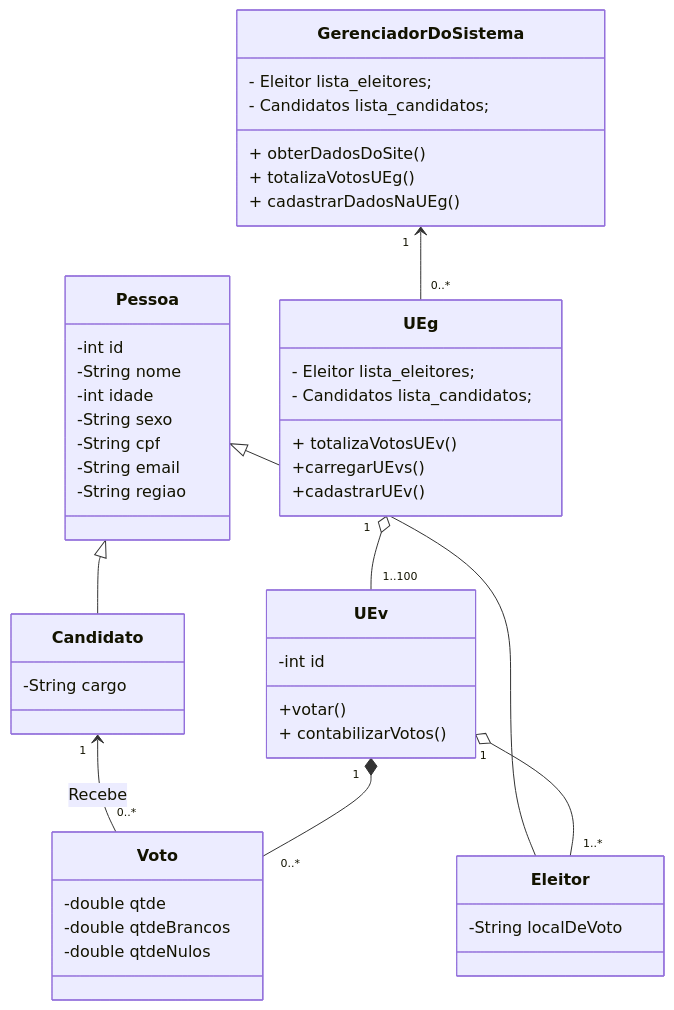
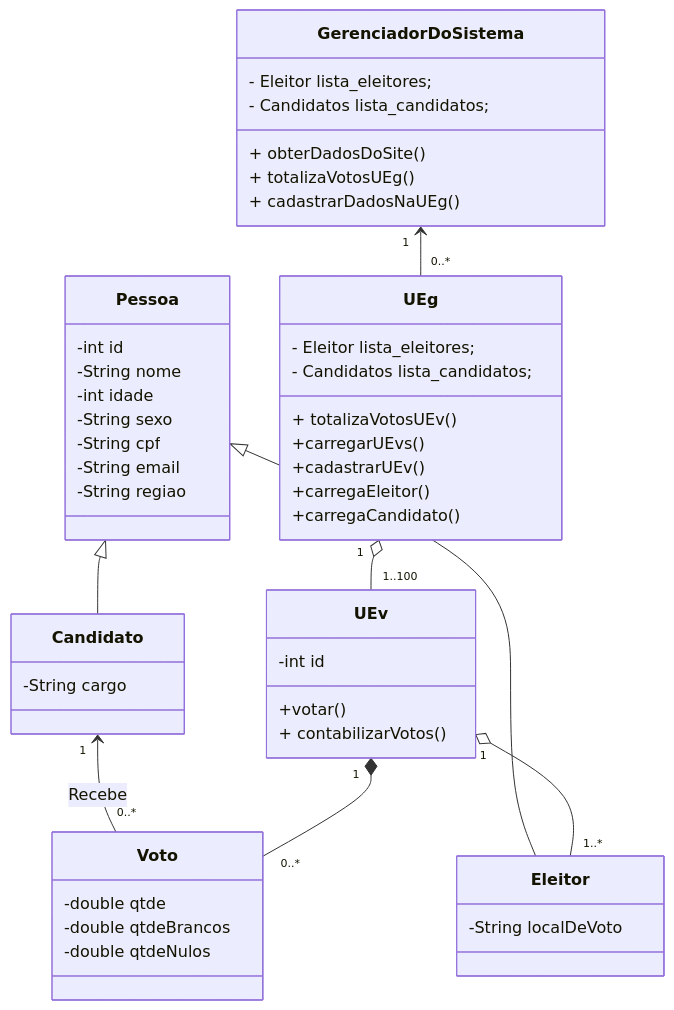
One commit to HenriqueFinatti/Modelagem-De-Software-Orientado-a-Objetos changed the diagram in Lab2-Diagrama_De_Classes/Diagrama_De_Classes2.md. Above: the diagram before and after it, drawn with Mermaid.

````diff
--- a/Lab2-Diagrama_De_Classes/Diagrama_De_Classes2.md
+++ b/Lab2-Diagrama_De_Classes/Diagrama_De_Classes2.md
@@ -3,55 +3,57 @@
 ```mermaid
 classDiagram
 Pessoa <|-- Eleitor
 Pessoa <|-- Candidato
 Pessoa: -int id
 Pessoa: -String nome
 Pessoa: -int idade
 Pessoa: -String sexo
 Pessoa: -String cpf
 Pessoa: -String email
 Pessoa: -String regiao
 
 Eleitor: -String localDeVoto
 
 class Candidato{
   -String cargo
 }
 
 class UEg{
     - Eleitor lista_eleitores;
     - Candidatos lista_candidatos;
     + totalizaVotosUEv()
     +carregarUEvs()
     +cadastrarUEv()
+    +carregaEleitor()
+    +carregaCandidato()
 }
 
 class UEv{
   -int id
   +votar()
   + contabilizarVotos()
 }
 
 class GerenciadorDoSistema{
     - Eleitor lista_eleitores;
     - Candidatos lista_candidatos;
     + obterDadosDoSite()
     + totalizaVotosUEg()
     + cadastrarDadosNaUEg()
 }
 
 class Voto{
   -double qtde
   -double qtdeBrancos
   -double qtdeNulos
 }
 
 GerenciadorDoSistema "1" <-- "0..*" UEg
 Candidato "1" <-- "0..*" Voto : Recebe
 UEg "1" o-- "1..100" UEv
 UEv "1" *-- "0..*" Voto
 UEv "1" o-- "1..*" Eleitor
 
 
 
 ```
````
